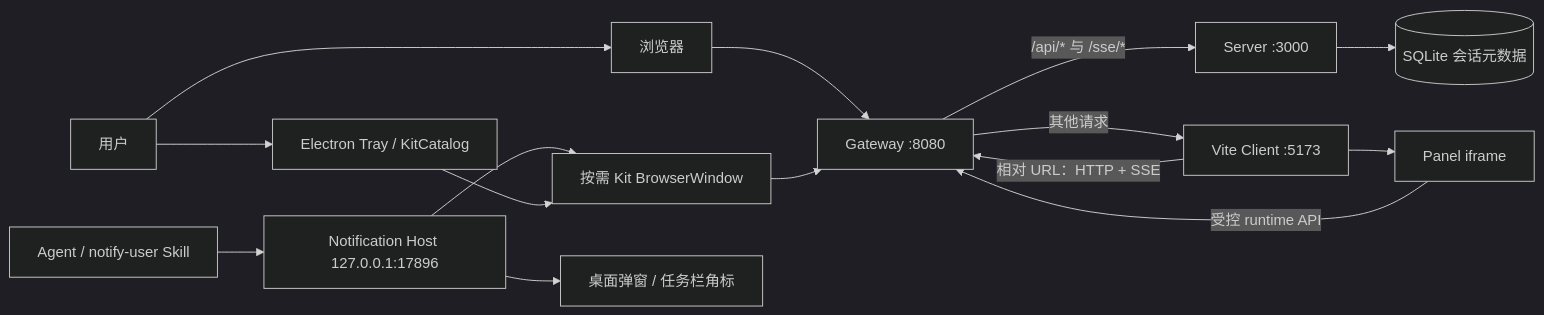
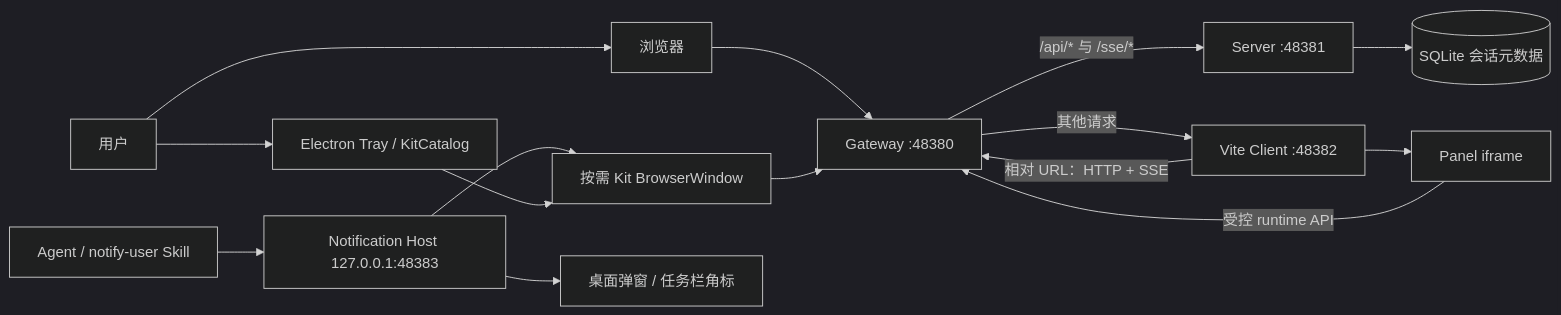
Before and after one commit to itharbors/harbors: the first of 2 diagrams in docs/architecture/system-overview.md, drawn with Mermaid (dark theme). The commit also changed other lines of this file and 23 other files, not shown here.

````diff
--- a/docs/architecture/system-overview.md
+++ b/docs/architecture/system-overview.md
@@ -9,30 +9,30 @@
 ```mermaid
 flowchart LR
     User["用户"]
     Browser["浏览器"]
     Tray["Electron Tray / KitCatalog"]
     Electron["按需 Kit BrowserWindow"]
-    Host["Notification Host 127.0.0.1:17896"]
+    Host["Notification Host 127.0.0.1:48383"]
     Agent["Agent / notify-user Skill"]
     Toast["桌面弹窗 / 任务栏角标"]
-    Gateway["Gateway :8080"]
-    Server["Server :3000"]
-    Client["Vite Client :5173"]
+    Gateway["Gateway :48380"]
+    Server["Server :48381"]
+    Client["Vite Client :48382"]
     DB[("SQLite 会话元数据")]
     Panel["Panel iframe"]
 
     User --> Browser
     User --> Tray
     Agent --> Host
     Host --> Toast
     Host --> Electron
     Tray --> Electron
     Browser --> Gateway
     Electron --> Gateway
     Gateway -- "/api/* 与 /sse/*" --> Server
     Gateway -- "其他请求" --> Client
     Server --> DB
     Client --> Panel
     Client -- "相对 URL：HTTP + SSE" --> Gateway
     Panel -- "受控 runtime API" --> Gateway
 ```
````
